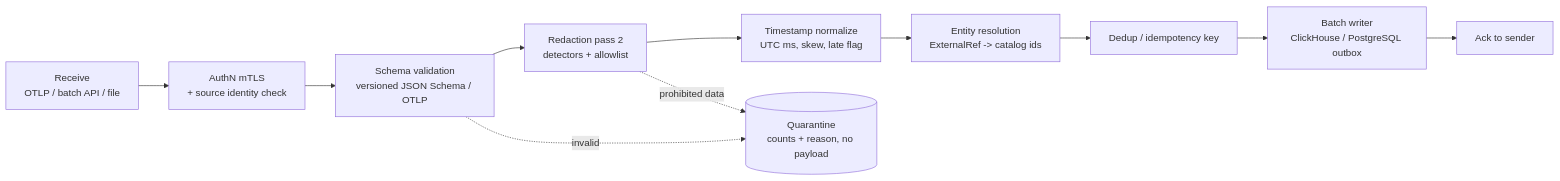
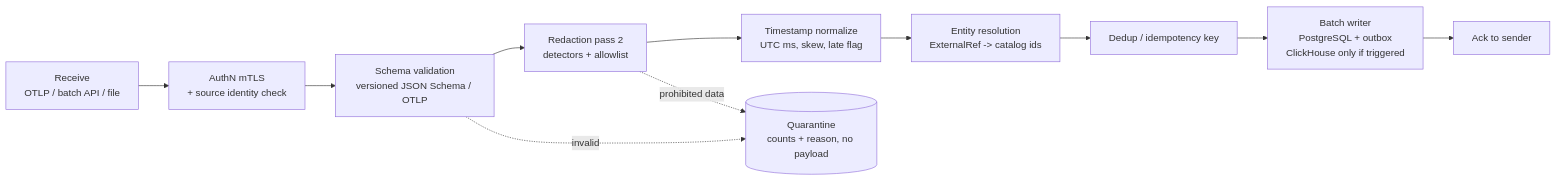
One commit to navy1919/IssabelMonitoring changed the second of 4 diagrams in docs/architecture/ingestion-and-connectors.md. Above: the diagram before and after it, drawn with Mermaid. The commit also changed other lines of this file and 46 other files, not shown here.

````diff
--- a/docs/architecture/ingestion-and-connectors.md
+++ b/docs/architecture/ingestion-and-connectors.md
@@ -258,13 +286,13 @@
 ```mermaid
 flowchart LR
   A[Receive<br/>OTLP / batch API / file] --> B[AuthN mTLS<br/>+ source identity check]
   B --> C[Schema validation<br/>versioned JSON Schema / OTLP]
   C --> D[Redaction pass 2<br/>detectors + allowlist]
   D --> E[Timestamp normalize<br/>UTC ms, skew, late flag]
   E --> F[Entity resolution<br/>ExternalRef -> catalog ids]
   F --> G[Dedup / idempotency key]
-  G --> H[Batch writer<br/>ClickHouse / PostgreSQL outbox]
+  G --> H[Batch writer<br/>PostgreSQL + outbox<br/>ClickHouse only if triggered]
   H --> I[Ack to sender]
   C -.invalid.-> Q[(Quarantine<br/>counts + reason, no payload)]
   D -.prohibited data.-> Q
 ```
````
